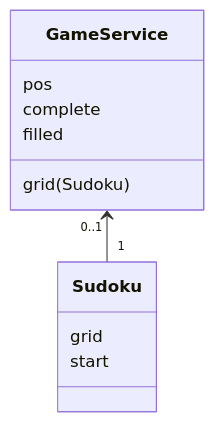
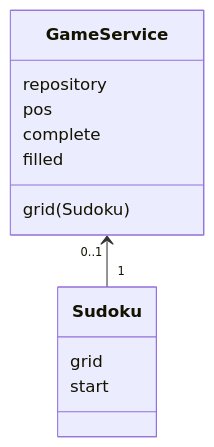
Before and after one commit to nikomakir/ot-harjoitustyo: the first of 3 diagrams in dokumentaatio/arkkitehtuuri.md, drawn with Mermaid. The commit also changed other lines of this file, not shown here.

````diff
--- a/dokumentaatio/arkkitehtuuri.md
+++ b/dokumentaatio/arkkitehtuuri.md
@@ -7,15 +7,16 @@
 ```mermaid
 classDiagram
    GameService "0..1" <-- "1" Sudoku
    class Sudoku{
     grid 
     start
    }
    class GameService{
+    repository
     grid(Sudoku)
     pos
     complete
     filled
    }
 
 ``` 
````
